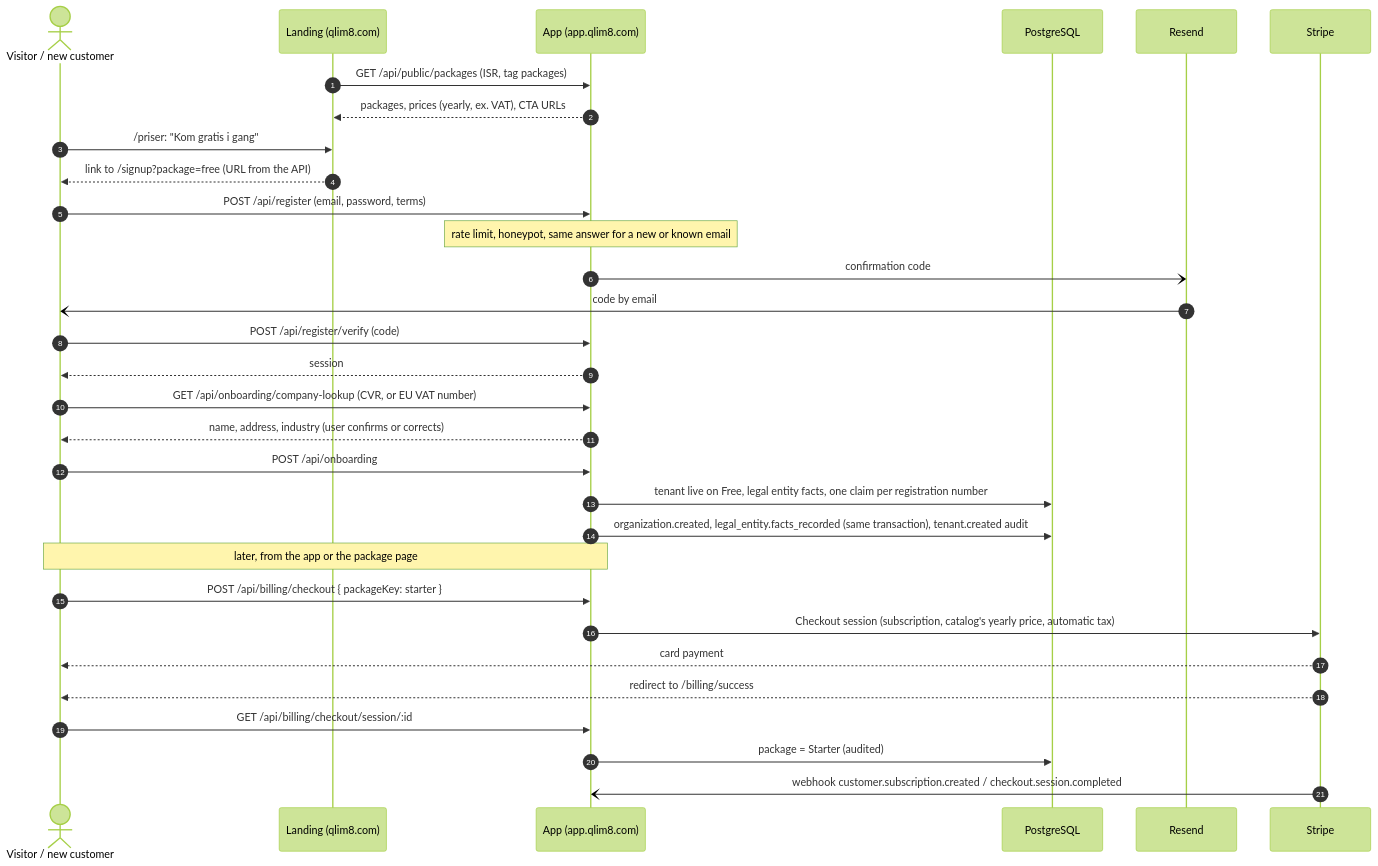
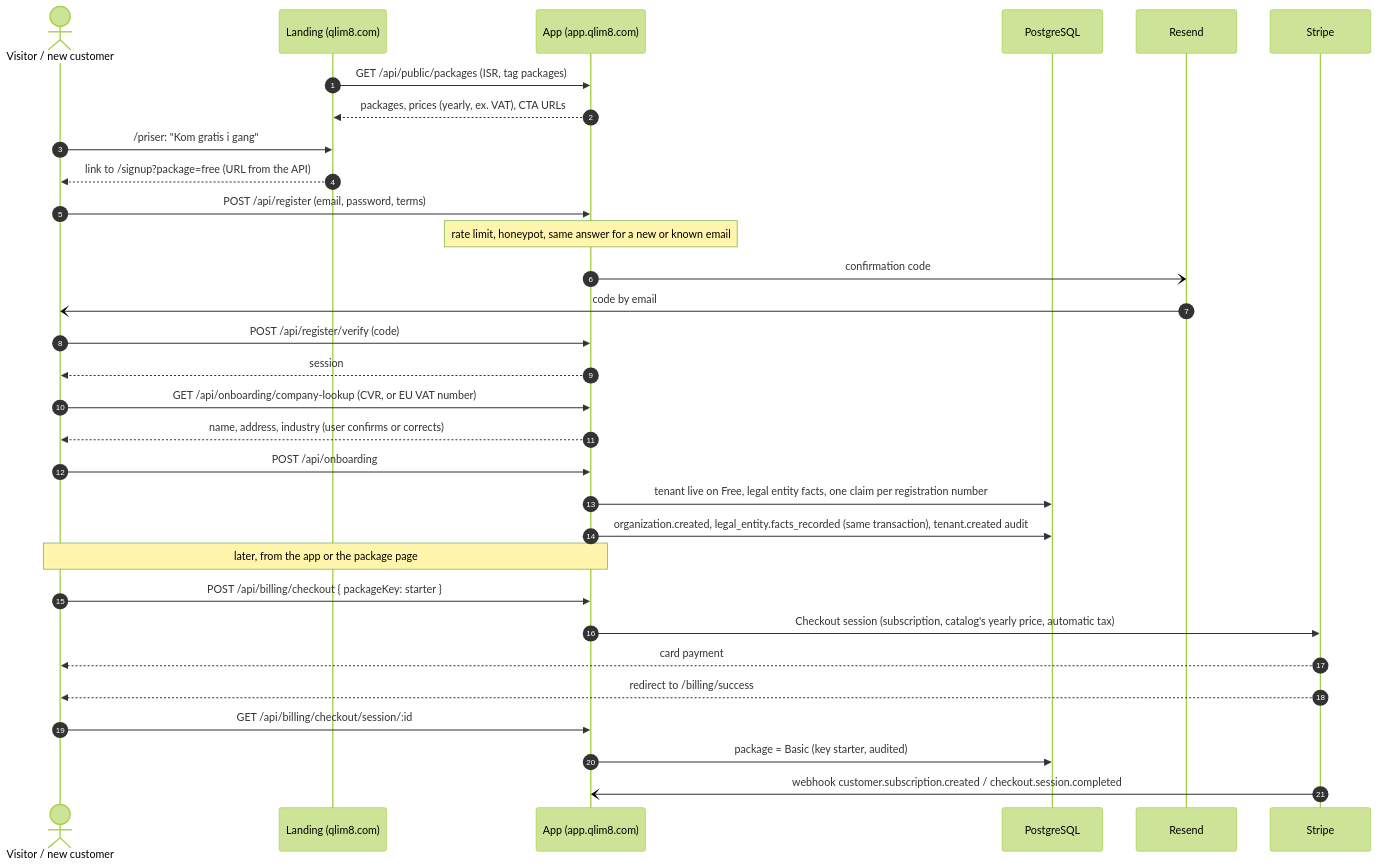
One commit to madsdlund-nielsen/qlim8-landing changed diagram 13 of 13 in docs/da/architecture/system-architecture.md. Above: the diagram before and after it, drawn with Mermaid (forest theme). The commit also changed other lines of this file and 40 other files, not shown here.

````diff
--- a/docs/da/architecture/system-architecture.md
+++ b/docs/da/architecture/system-architecture.md
@@ -799,34 +799,34 @@
 ```mermaid
 sequenceDiagram
   autonumber
   actor V as Visitor / new customer
   participant L as Landing (qlim8.com)
   participant A as App (app.qlim8.com)
   participant DB as PostgreSQL
   participant R as Resend
   participant S as Stripe
 
   L->>A: GET /api/public/packages (ISR, tag packages)
   A-->>L: packages, prices (yearly, ex. VAT), CTA URLs
   V->>L: /priser: "Kom gratis i gang"
   L-->>V: link to /signup?package=free (URL from the API)
   V->>A: POST /api/register (email, password, terms)
   Note over A: rate limit, honeypot, same answer for a new or known email
   A-)R: confirmation code
   R-)V: code by email
   V->>A: POST /api/register/verify (code)
   A-->>V: session
   V->>A: GET /api/onboarding/company-lookup (CVR, or EU VAT number)
   A-->>V: name, address, industry (user confirms or corrects)
   V->>A: POST /api/onboarding
   A->>DB: tenant live on Free, legal entity facts, one claim per registration number
   A->>DB: organization.created, legal_entity.facts_recorded (same transaction), tenant.created audit
   Note over V,A: later, from the app or the package page
   V->>A: POST /api/billing/checkout { packageKey: starter }
   A->>S: Checkout session (subscription, catalog's yearly price, automatic tax)
   S-->>V: card payment
   S-->>V: redirect to /billing/success
   V->>A: GET /api/billing/checkout/session/:id
-  A->>DB: package = Starter (audited)
+  A->>DB: package = Basic (key starter, audited)
   S-)A: webhook customer.subscription.created / checkout.session.completed
 ```
````
